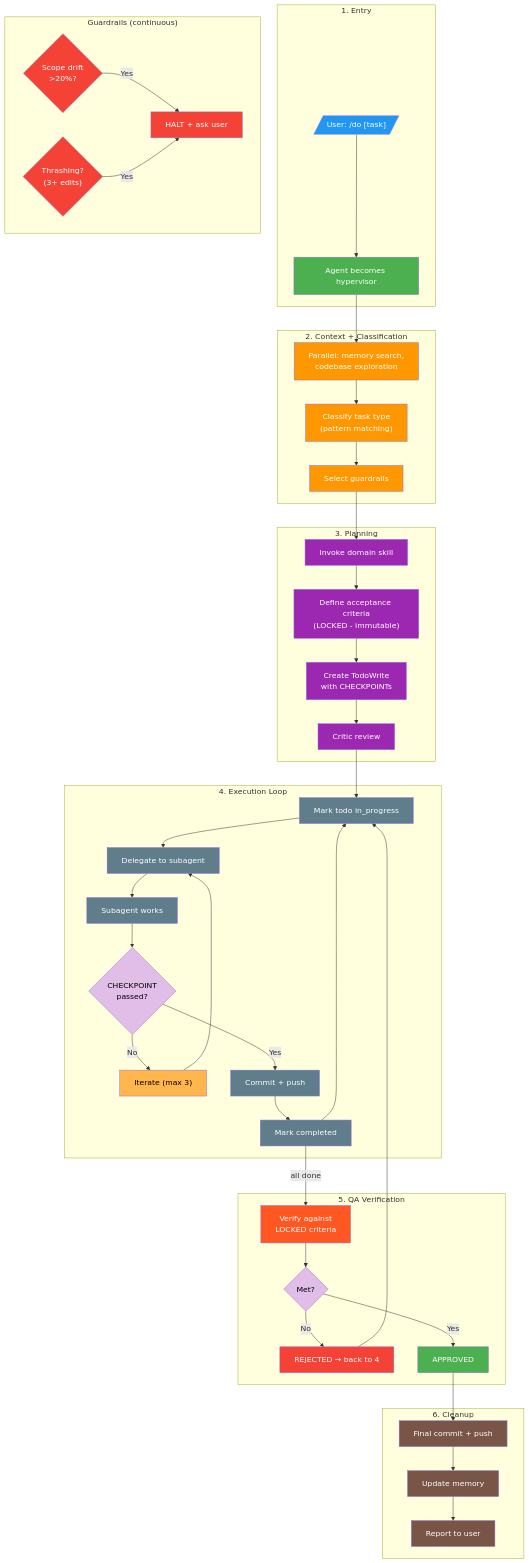
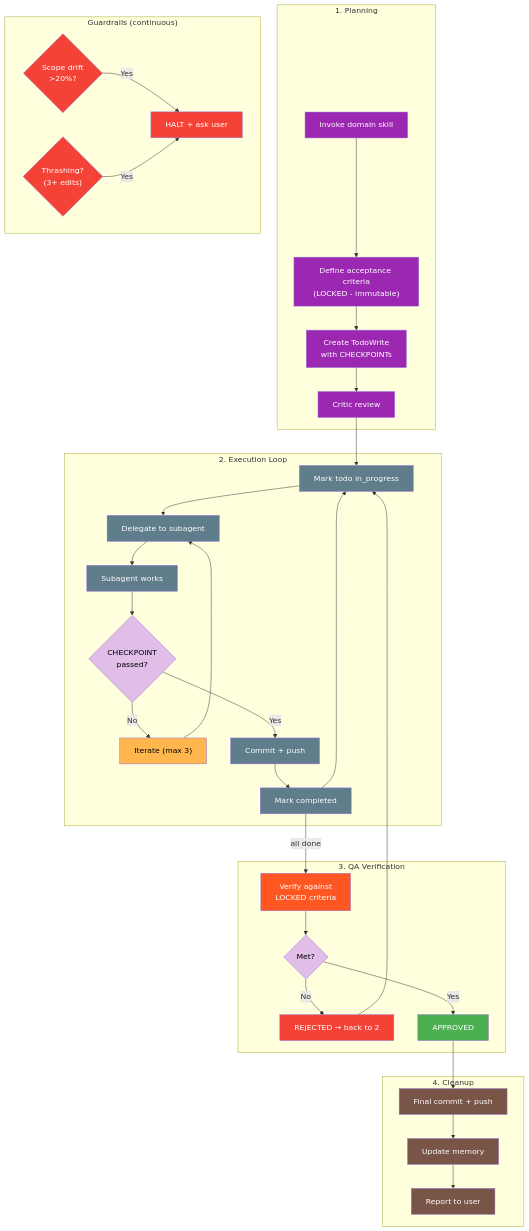
Before and after one commit to nicsuzor/academicOps: the first of 2 diagrams in docs/execution-flow.md, drawn with Mermaid. The commit also changed other lines of this file and 1 other file, not shown here.

First line of the commit message:
refactor: restructure execution-flow.md with universal flow architecture

````diff
--- a/docs/execution-flow.md
+++ b/docs/execution-flow.md
@@ -72,24 +79,13 @@
 ```mermaid
 flowchart TD
-    subgraph ENTRY["1. Entry"]
-        U1[/"User: /do [task]"/]
-        H1["Agent becomes hypervisor"]
-    end
-
-    subgraph CONTEXT["2. Context + Classification"]
-        C1["Parallel: memory search,<br/>codebase exploration"]
-        C2["Classify task type<br/>(pattern matching)"]
-        C3["Select guardrails"]
-    end
-
-    subgraph PLAN["3. Planning"]
+    subgraph PLAN["1. Planning"]
         P1["Invoke domain skill"]
         P2["Define acceptance criteria<br/>(LOCKED - immutable)"]
         P3["Create TodoWrite<br/>with CHECKPOINTs"]
         P4["Critic review"]
     end
 
-    subgraph EXECUTE["4. Execution Loop"]
+    subgraph EXECUTE["2. Execution Loop"]
         E1["Mark todo in_progress"]
         E2["Delegate to subagent"]
         E3["Subagent works"]
@@ -105,20 +101,19 @@
         G3["HALT + ask user"]
     end
 
-    subgraph QA["5. QA Verification"]
+    subgraph QA["3. QA Verification"]
         Q1["Verify against<br/>LOCKED criteria"]
         Q2{"Met?"}
-        Q3["REJECTED → back to 4"]
+        Q3["REJECTED → back to 2"]
         Q4["APPROVED"]
     end
 
-    subgraph CLEANUP["6. Cleanup"]
+    subgraph CLEANUP["4. Cleanup"]
         CL1["Final commit + push"]
         CL2["Update memory"]
         CL3["Report to user"]
     end
 
-    U1 --> H1 --> C1 --> C2 --> C3 --> P1
     P1 --> P2 --> P3 --> P4 --> E1
     E1 --> E2 --> E3 --> E4
     E4 -->|No| E5 --> E2
@@ -130,11 +125,6 @@
     Q2 -->|No| Q3 --> E1
     Q2 -->|Yes| Q4 --> CL1 --> CL2 --> CL3
 
-    style U1 fill:#2196f3,color:#fff
-    style H1 fill:#4caf50,color:#fff
-    style C1 fill:#ff9800,color:#fff
-    style C2 fill:#ff9800,color:#fff
-    style C3 fill:#ff9800,color:#fff
     style P1 fill:#9c27b0,color:#fff
     style P2 fill:#9c27b0,color:#fff
     style P3 fill:#9c27b0,color:#fff
````
